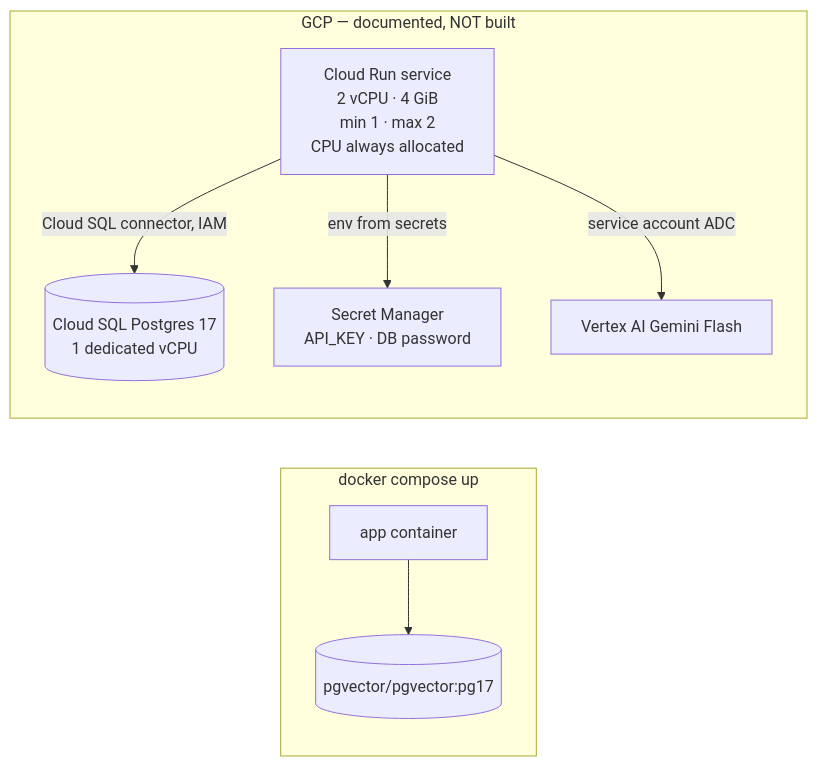
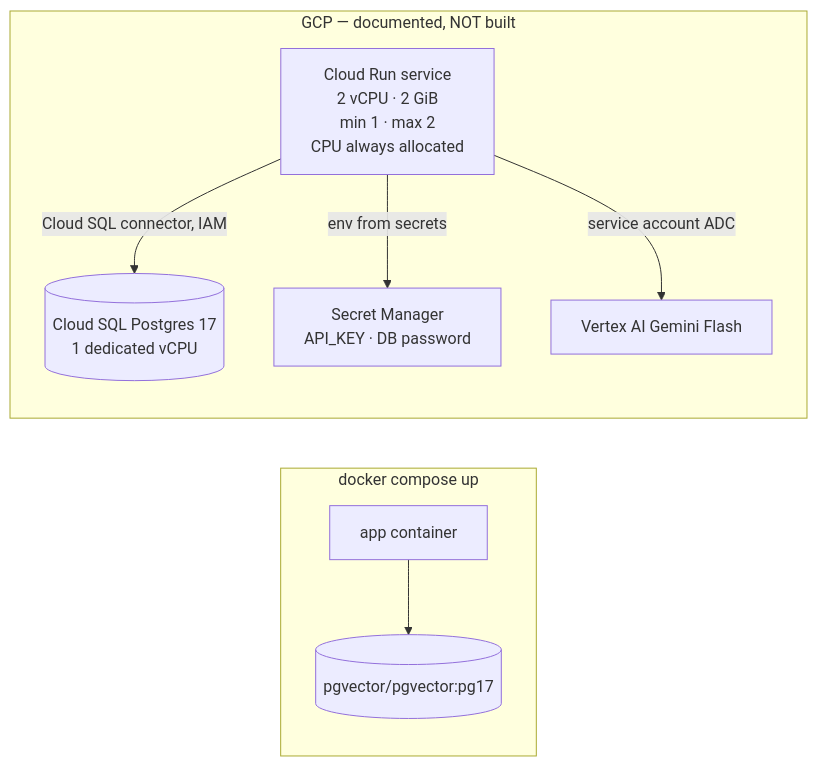
The second of 5 diagrams in docs/system-design.md (TsybulskyStepan/unified-search), drawn with Mermaid before and after one commit. The commit also changed other lines of this file and 14 other files, not shown here.

````diff
--- a/docs/system-design.md
+++ b/docs/system-design.md
@@ -166,16 +166,16 @@
 ```mermaid
 flowchart LR
     subgraph Local["docker compose up"]
         A1[app container] --> P1[(pgvector/pgvector:pg17)]
     end
 
     subgraph GCP["GCP — documented, NOT built"]
-        CR[Cloud Run service<br/>2 vCPU · 4 GiB<br/>min 1 · max 2<br/>CPU always allocated]
+        CR[Cloud Run service<br/>2 vCPU · 2 GiB<br/>min 1 · max 2<br/>CPU always allocated]
         CS[(Cloud SQL Postgres 17<br/>1 dedicated vCPU)]
         SM[Secret Manager<br/>API_KEY · DB password]
         VA[Vertex AI Gemini Flash]
         CR -->|Cloud SQL connector, IAM| CS
         CR -->|env from secrets| SM
         CR -->|service account ADC| VA
     end
 ```
````
